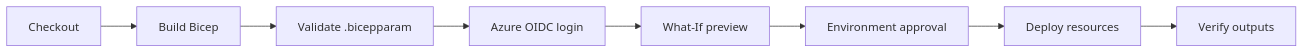
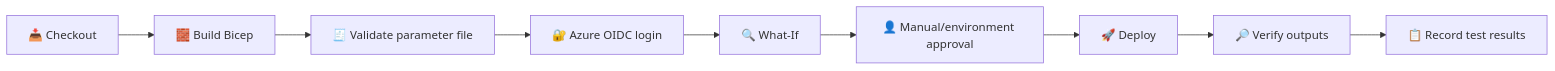
One commit to OLYMPUSPRIME/GPT-BIFROST changed the second of 2 diagrams in README.md. Above: the diagram before and after it, drawn with Mermaid. The commit also changed other lines of this file, not shown here.

Commit message:
docs: add architecture image and emoji-rich demo workflow

````diff
--- a/README.md
+++ b/README.md
@@ -38,14 +46,11 @@
 ```mermaid
 flowchart LR
-    CHECKOUT["Checkout"]
-    BUILD["Build Bicep"]
-    PARAMS["Validate .bicepparam"]
-    LOGIN["Azure OIDC login"]
-    PREVIEW["What-If preview"]
-    APPROVAL["Environment approval"]
-    APPLY["Deploy resources"]
-    CHECK["Verify outputs"]
-
-    CHECKOUT --> BUILD --> PARAMS
-    PARAMS --> LOGIN --> PREVIEW --> APPROVAL --> APPLY --> CHECK
+    A["📥 Checkout"] --> B["🧱 Build Bicep"]
+    B --> C["🧾 Validate parameter file"]
+    C --> D["🔐 Azure OIDC login"]
+    D --> E["🔍 What-If"]
+    E --> F["👤 Manual/environment approval"]
+    F --> G["🚀 Deploy"]
+    G --> H["🔎 Verify outputs"]
+    H --> I["📋 Record test results"]
 ```
````
